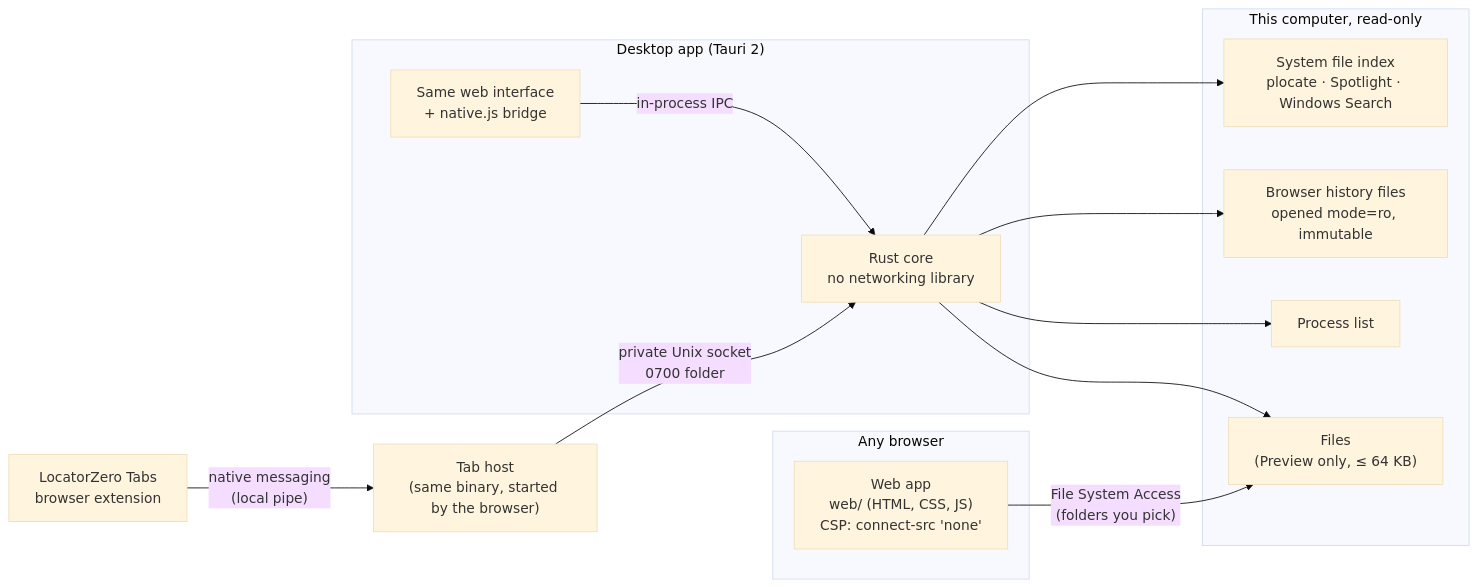
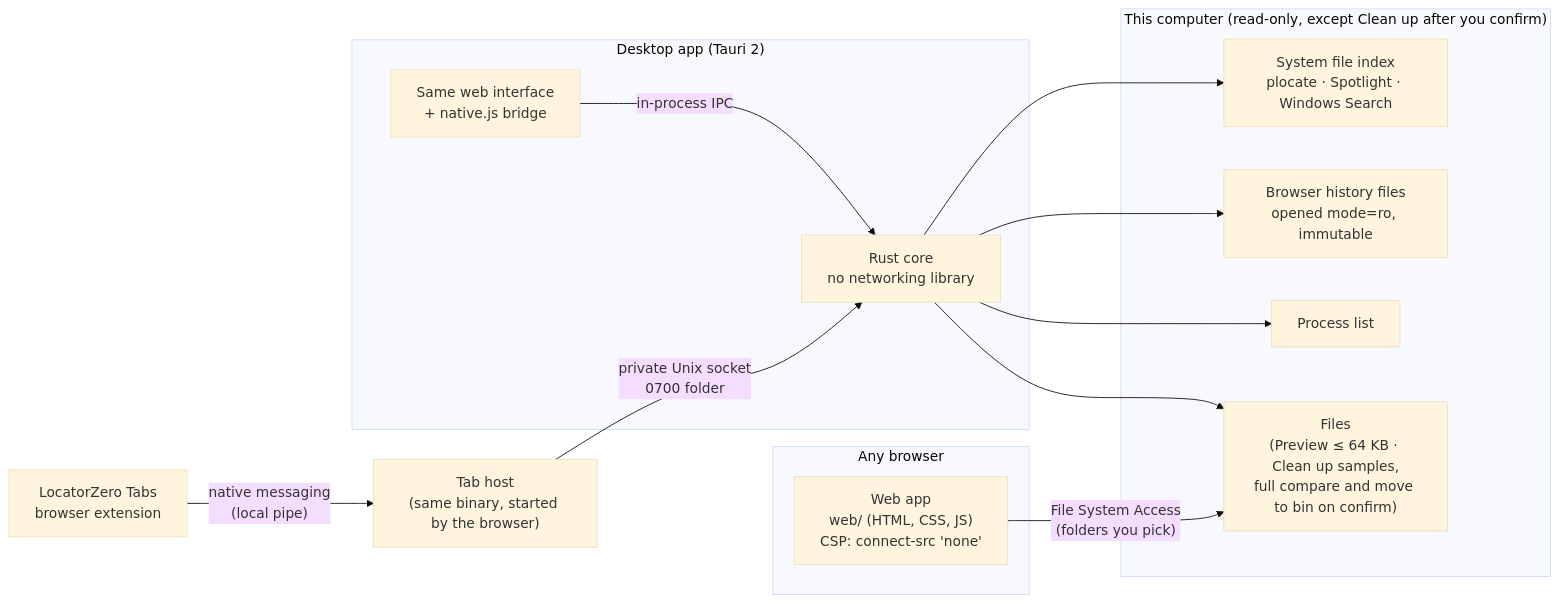
One commit to joyfulmake/locatorzero-source changed the diagram in ARCHITECTURE.md. Above: the diagram before and after it, drawn with Mermaid (base theme). The commit also changed other lines of this file and 23 other files, not shown here.

````diff
--- a/ARCHITECTURE.md
+++ b/ARCHITECTURE.md
@@ -11,21 +11,21 @@
 ```mermaid
 flowchart LR
   subgraph Browser["Any browser"]
     W["Web app<br/>web/ (HTML, CSS, JS)<br/>CSP: connect-src 'none'"]
   end
   subgraph Desktop["Desktop app (Tauri 2)"]
     UI["Same web interface<br/>+ native.js bridge"]
     Core["Rust core<br/>no networking library"]
     UI -- "in-process IPC" --> Core
   end
-  subgraph OS["This computer, read-only"]
+  subgraph OS["This computer (read-only, except Clean up after you confirm)"]
     IDX["System file index<br/>plocate · Spotlight · Windows Search"]
     HIST["Browser history files<br/>opened mode=ro, immutable"]
     PROC["Process list"]
-    FILES["Files<br/>(Preview only, ≤ 64 KB)"]
+    FILES["Files<br/>(Preview ≤ 64 KB · Clean up samples,<br/>full compare and move to bin on confirm)"]
   end
   EXT["LocatorZero Tabs<br/>browser extension"] -- "native messaging<br/>(local pipe)" --> HOST["Tab host<br/>(same binary, started by the browser)"]
   HOST -- "private Unix socket<br/>0700 folder" --> Core
   Core --> IDX & HIST & PROC & FILES
   W -- "File System Access<br/>(folders you pick)" --> FILES
 ```
````
